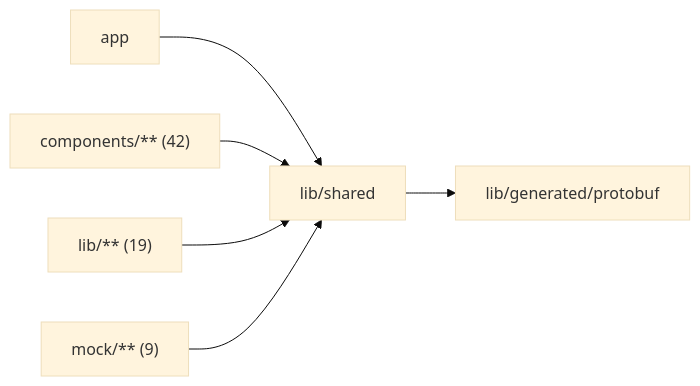
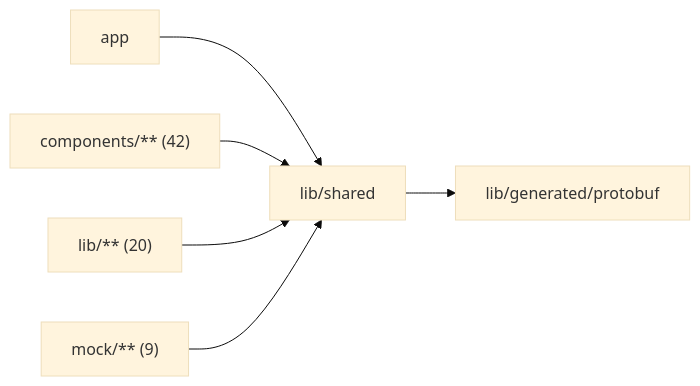
The diagram in web/studio/lib/shared/README.md (superdurable/superverse), drawn with Mermaid (base theme) before and after one commit. The commit also changed other lines of this file and 112 other files, not shown here.

````diff
--- a/web/studio/lib/shared/README.md
+++ b/web/studio/lib/shared/README.md
@@ -10,9 +10,9 @@
 ```mermaid
 flowchart LR
   self["lib/shared"]
   c0["app"] --> self
   c1["components/** (42)"] --> self
-  c2["lib/** (19)"] --> self
+  c2["lib/** (20)"] --> self
   c3["mock/** (9)"] --> self
   self --> d0["lib/generated/protobuf"]
 ```
````
